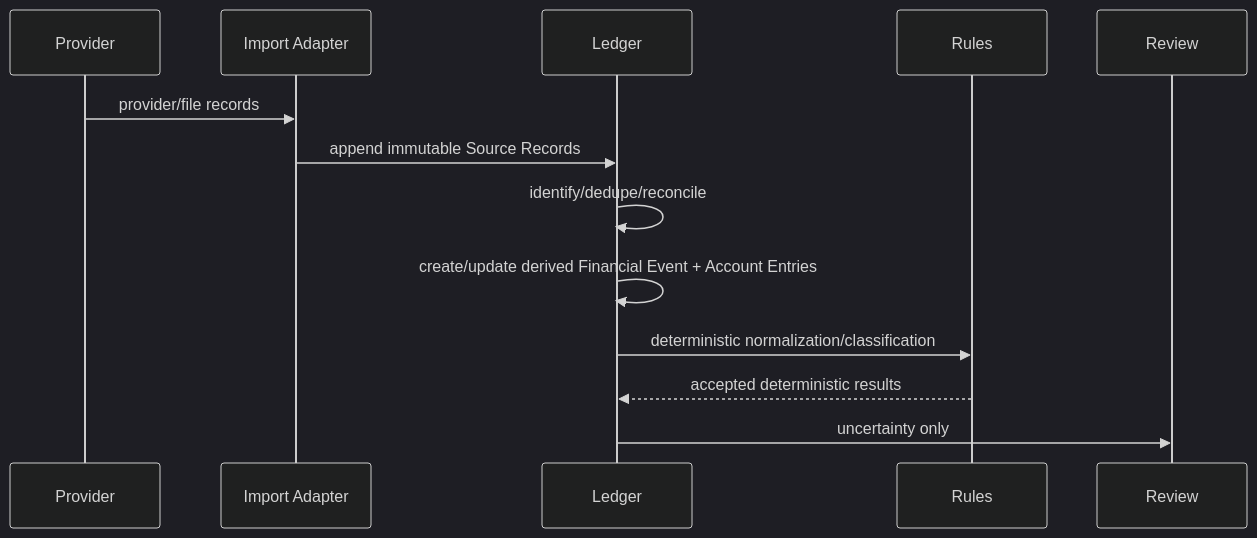
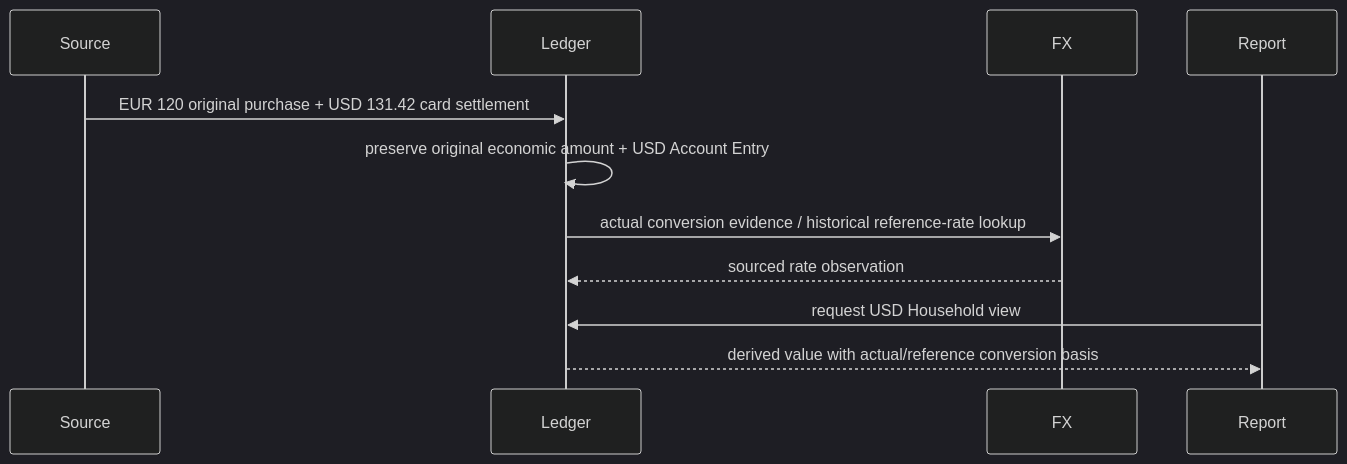
The fifth of 9 diagrams in docs/explanation/architecture.md (blac9216/Pryvance), drawn with Mermaid (dark theme) before and after one commit. The commit also changed other lines of this file and 6 other files, not shown here.

````diff
--- a/docs/explanation/architecture.md
+++ b/docs/explanation/architecture.md
@@ -255,16 +212,14 @@
 ```mermaid
 sequenceDiagram
-    participant Provider
-    participant Import as Import Adapter
+    participant Source
     participant Ledger
-    participant Rules
-    participant Review
+    participant FX
+    participant Report
 
-    Provider->>Import: provider/file records
-    Import->>Ledger: append immutable Source Records
-    Ledger->>Ledger: identify/dedupe/reconcile
-    Ledger->>Ledger: create/update derived Financial Event + Account Entries
-    Ledger->>Rules: deterministic normalization/classification
-    Rules-->>Ledger: accepted deterministic results
-    Ledger->>Review: uncertainty only
+    Source->>Ledger: EUR 120 original purchase + USD 131.42 card settlement
+    Ledger->>Ledger: preserve original economic amount + USD Account Entry
+    Ledger->>FX: actual conversion evidence / historical reference-rate lookup
+    FX-->>Ledger: sourced rate observation
+    Report->>Ledger: request USD Household view
+    Ledger-->>Report: derived value with actual/reference conversion basis
 ```
````
